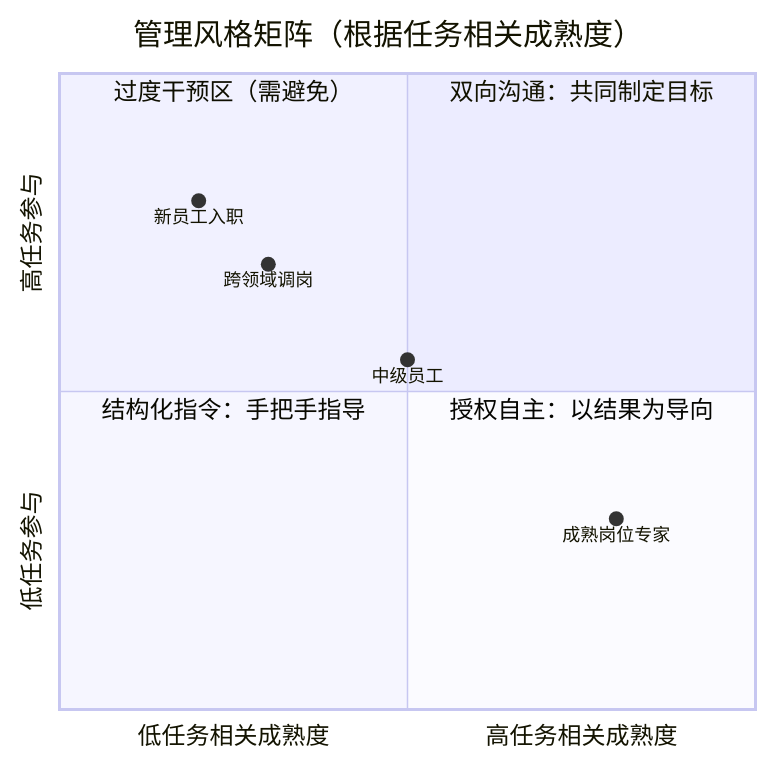
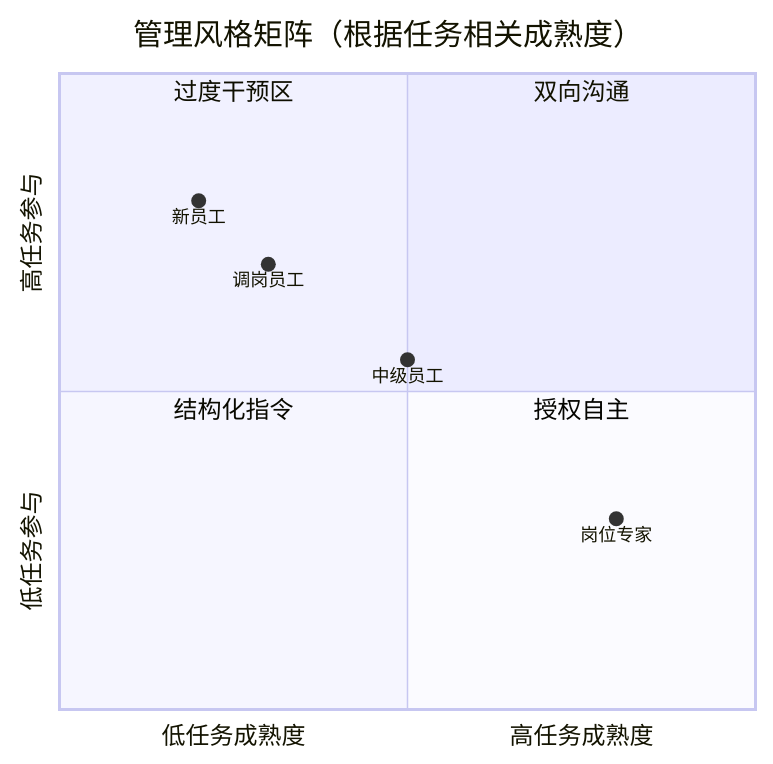
Before and after one commit to qinwenshi/wiki: the fifth of 7 diagrams in content/techniques/高产出管理.md, drawn with Mermaid. The commit also changed 2 other files, not shown here.

Commit message:
修复3处quadrantChart Mermaid语法：轴标签加引号，quadrant标签去特殊字符

````diff
--- a/content/techniques/高产出管理.md
+++ b/content/techniques/高产出管理.md
@@ -168,14 +168,14 @@
 ```mermaid
 quadrantChart
     title 管理风格矩阵（根据任务相关成熟度）
-    x-axis 低任务相关成熟度 --> 高任务相关成熟度
-    y-axis 低任务参与 --> 高任务参与
-    quadrant-1 双向沟通：共同制定目标
-    quadrant-2 过度干预区（需避免）
-    quadrant-3 结构化指令：手把手指导
-    quadrant-4 授权自主：以结果为导向
-    新员工入职: [0.2, 0.8]
-    跨领域调岗: [0.3, 0.7]
-    成熟岗位专家: [0.8, 0.3]
+    x-axis "低任务成熟度" --> "高任务成熟度"
+    y-axis "低任务参与" --> "高任务参与"
+    quadrant-1 双向沟通
+    quadrant-2 过度干预区
+    quadrant-3 结构化指令
+    quadrant-4 授权自主
+    新员工: [0.2, 0.8]
+    调岗员工: [0.3, 0.7]
+    岗位专家: [0.8, 0.3]
     中级员工: [0.5, 0.55]
 ```
````
